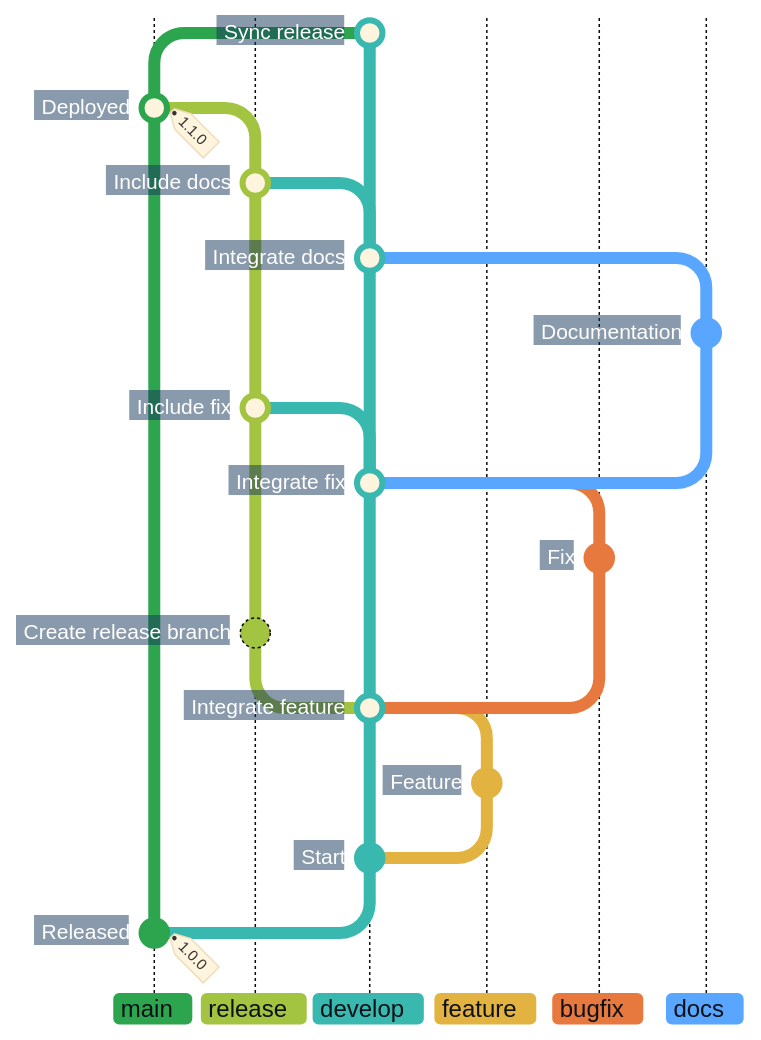
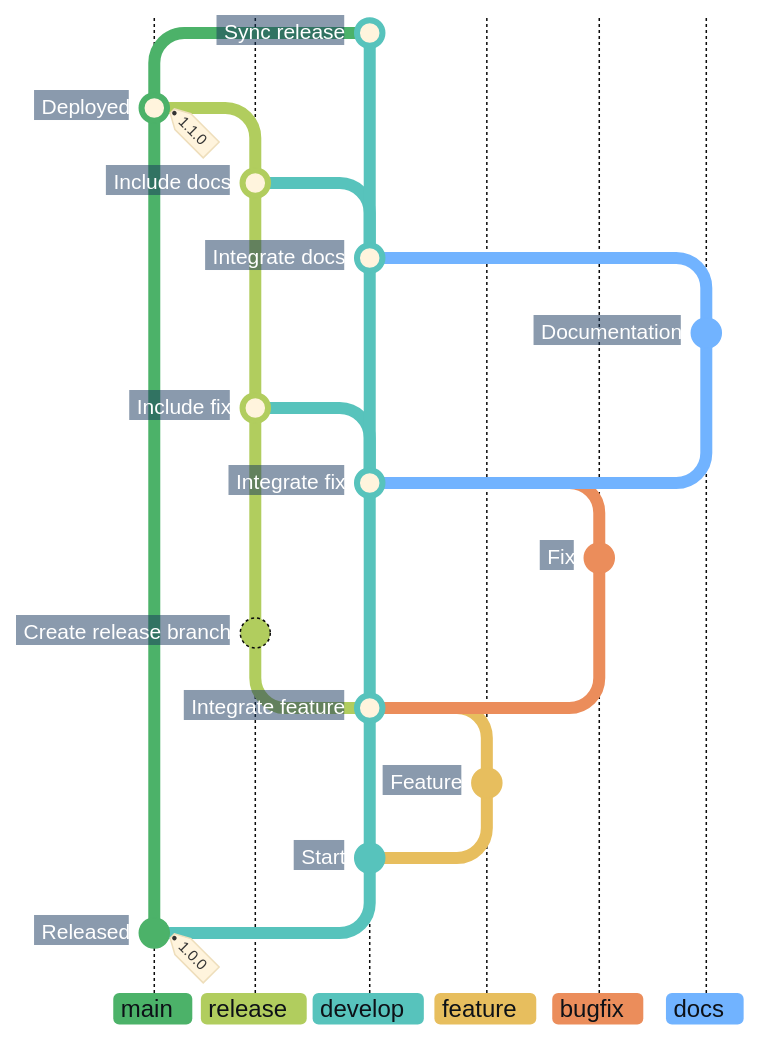
Before and after one commit to superhero/operations.superduper.solutions: the first of 2 diagrams in docs/adr/cicd.md, drawn with Mermaid. The commit also changed other lines of this file, not shown here.

Commit message:
docs: lighten the Git graph branch palette

````diff
--- a/docs/adr/cicd.md
+++ b/docs/adr/cicd.md
@@ -51,41 +51,41 @@
 ```mermaid
-%%{init: {"theme": "base", "themeCSS": "line.branch { stroke: #8B949E; stroke-width: 1px; stroke-dasharray: 1 4; stroke-linecap: round; } .branchLabel, .tag-label { font-weight: 700; } .branchLabelBkg { clip-path: inset(0 8px 0 0 round 4px) fill-box; } .commit-labels g:nth-last-of-type(-n+2) { visibility: hidden; } .commit-labels g { transform-box: fill-box; transform-origin: calc(100% + 17px) calc(50% + 2px); transform: rotate(-10deg); } .commit-label { font-weight: 700; transform: translateX(-8px); } .commit-label-bkg { opacity: 1; stroke: #17365D; stroke-width: 20px; transform: translateX(-5px); clip-path: polygon(-4px -4px, calc(100% + 4px) -4px, calc(100% + 10px) 50%, calc(100% + 4px) calc(100% + 4px), -4px calc(100% + 4px)) fill-box; } .commit.branch { stroke: #A3C441; stroke-dasharray: none; } .commit-labels g:nth-last-of-type(4) { transform-box: fill-box; transform-origin: -24px calc(50% + 40px); transform: translate(calc(100% + 44px), -38px) rotate(10deg); } .commit-labels g:nth-last-of-type(4) .commit-label-bkg { stroke-width: 80px; clip-path: polygon(-4px -4px, calc(100% + 4px) -4px, calc(100% + 4px) calc(100% + 4px), 4px calc(100% + 4px), -10px calc(50% + 40px), -4px calc(100% + 4px)) fill-box; }", "gitGraph": {"showCommitLabel": true, "rotateCommitLabel": false}, "themeVariables": {
+%%{init: {"theme": "base", "themeCSS": "line.branch { stroke: #8B949E; stroke-width: 1px; stroke-dasharray: 1 4; stroke-linecap: round; } .branchLabel, .tag-label { font-weight: 700; } .branchLabelBkg { clip-path: inset(0 8px 0 0 round 4px) fill-box; } .commit-labels g:nth-last-of-type(-n+2) { visibility: hidden; } .commit-labels g { transform-box: fill-box; transform-origin: calc(100% + 17px) calc(50% + 2px); transform: rotate(-10deg); } .commit-label { font-weight: 700; transform: translateX(-8px); } .commit-label-bkg { opacity: 1; stroke: #17365D; stroke-width: 20px; transform: translateX(-5px); clip-path: polygon(-4px -4px, calc(100% + 4px) -4px, calc(100% + 10px) 50%, calc(100% + 4px) calc(100% + 4px), -4px calc(100% + 4px)) fill-box; } .commit.branch { stroke: #B1CD5E; stroke-dasharray: none; } .commit-labels g:nth-last-of-type(4) { transform-box: fill-box; transform-origin: -24px calc(50% + 40px); transform: translate(calc(100% + 44px), -38px) rotate(10deg); } .commit-labels g:nth-last-of-type(4) .commit-label-bkg { stroke-width: 80px; clip-path: polygon(-4px -4px, calc(100% + 4px) -4px, calc(100% + 4px) calc(100% + 4px), 4px calc(100% + 4px), -10px calc(50% + 40px), -4px calc(100% + 4px)) fill-box; }", "gitGraph": {"showCommitLabel": true, "rotateCommitLabel": false}, "themeVariables": {
     "commitLabelFontSize": "14px", "commitLabelColor": "#FFFFFF", "commitLabelBackground": "#17365D",
-    "git0": "#2DA44E", "gitBranchLabel0": "#0D1117",
-    "git1": "#A3C441", "gitBranchLabel1": "#0D1117",
-    "git2": "#39B8B0", "gitBranchLabel2": "#0D1117",
-    "git3": "#E3B341", "gitBranchLabel3": "#0D1117",
-    "git4": "#E8793E", "gitBranchLabel4": "#0D1117",
-    "git5": "#58A6FF", "gitBranchLabel5": "#0D1117"
+    "git0": "#4CB269", "gitBranchLabel0": "#0D1117",
+    "git1": "#B1CD5E", "gitBranchLabel1": "#0D1117",
+    "git2": "#57C3BC", "gitBranchLabel2": "#0D1117",
+    "git3": "#E7BE5E", "gitBranchLabel3": "#0D1117",
+    "git4": "#EB8D5B", "gitBranchLabel4": "#0D1117",
+    "git5": "#71B3FF", "gitBranchLabel5": "#0D1117"
 }}}%%
 gitGraph BT:
     %% Keep the feature-integration note clear of the leftward release fork.
     %% In BT order, the last two label groups are the initial notes; the version tag stays visible.
     commit id: "Released" tag: "1.0.0"
     branch develop order: 2
     commit id: "Start"
     branch "feature" order: 3
     commit id: "Feature"
     checkout develop
     merge "feature" id: "Integrate feature"
     branch "release" order: 1
     commit id: "Create release branch"
     checkout develop
     branch "bugfix" order: 4
     commit id: "Fix"
     checkout develop
     merge "bugfix" id: "Integrate fix"
     checkout "release"
     merge develop id: "Include fix"
     checkout develop
     branch "docs" order: 5
     commit id: "Documentation"
     checkout develop
     merge "docs" id: "Integrate docs"
     checkout "release"
     merge develop id: "Include docs"
     checkout main
     merge "release" id: "Deployed" tag: "1.1.0"
     checkout develop
     merge main id: "Sync release"
 ```
````
